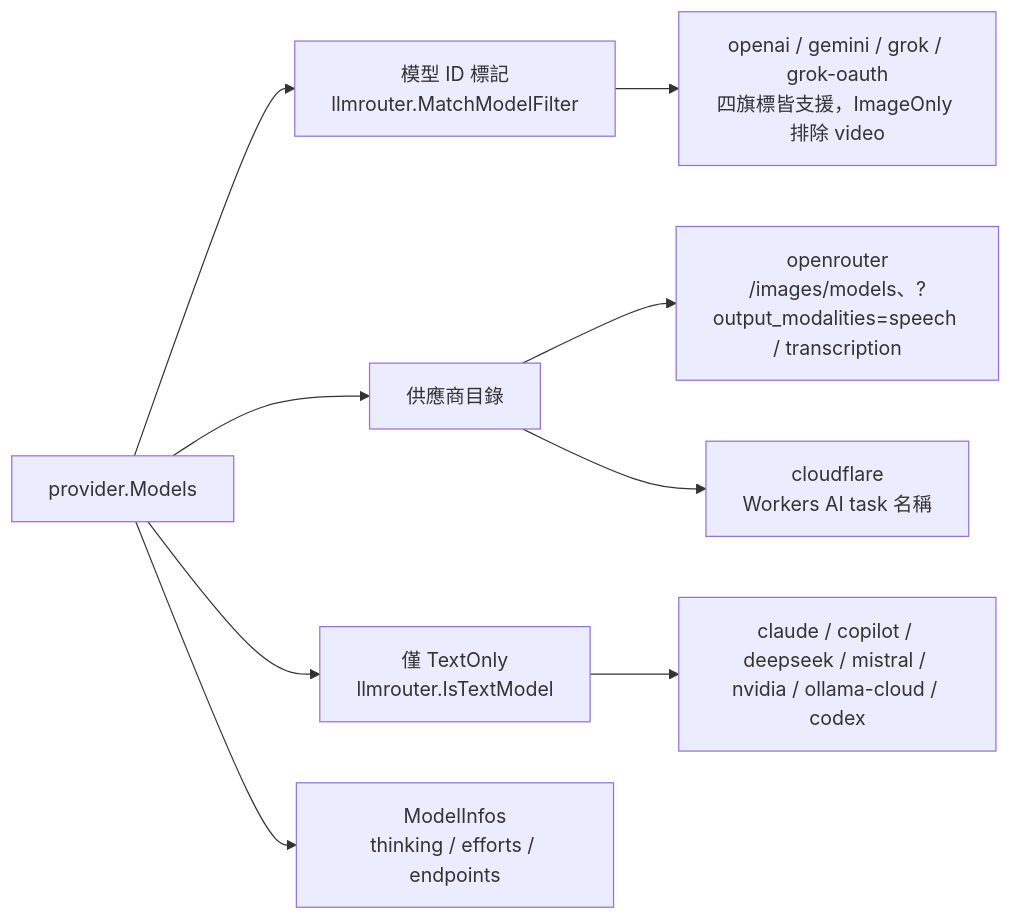
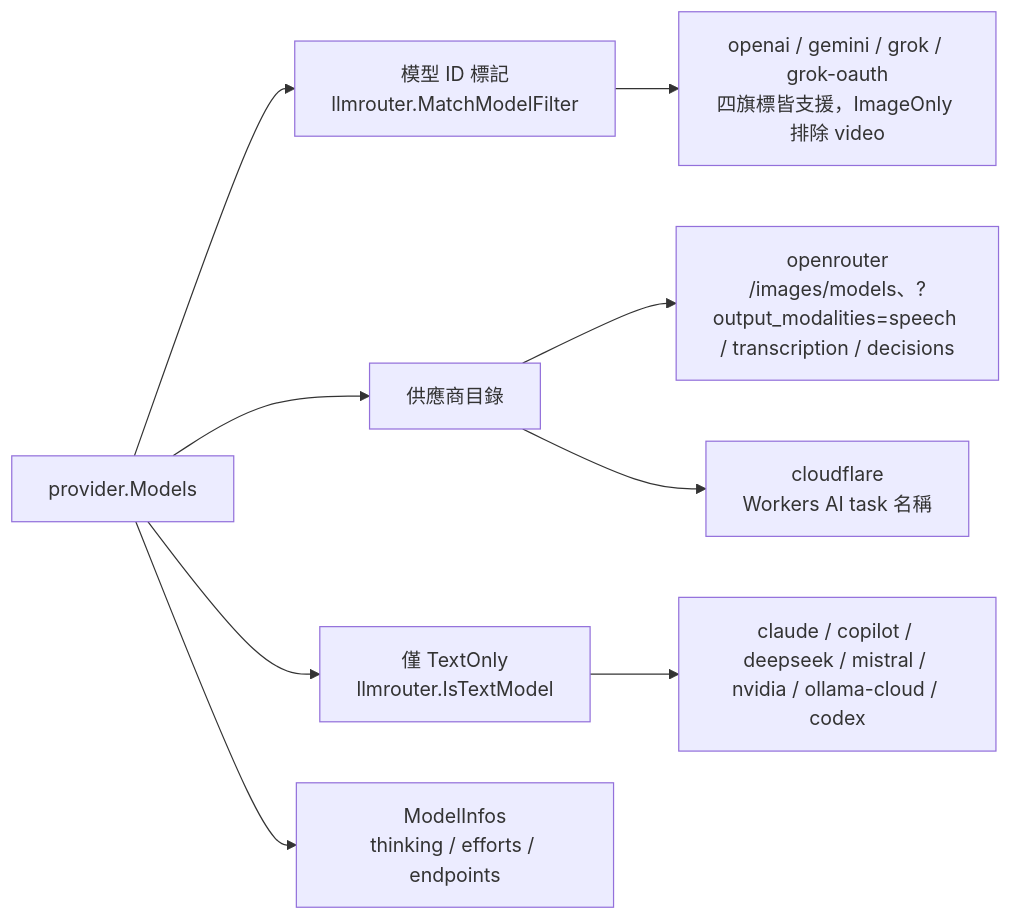
The ninth of 12 diagrams in doc/architecture.zh.md (pardnchiu/go-llm-router), drawn with Mermaid before and after one commit. The commit also changed other lines of this file and 32 other files, not shown here.

````diff
--- a/doc/architecture.zh.md
+++ b/doc/architecture.zh.md
@@ -196,11 +225,11 @@
 ```mermaid
 graph LR
     Models[provider.Models] --> Markers[模型 ID 標記<br/>llmrouter.MatchModelFilter]
     Models --> Catalog[供應商目錄]
     Models --> TextOnlyOnly[僅 TextOnly<br/>llmrouter.IsTextModel]
     Markers --> MarkerProviders[openai / gemini / grok / grok-oauth<br/>四旗標皆支援，ImageOnly 排除 video]
-    Catalog --> OpenRouterCat[openrouter<br/>/images/models、?output_modalities=speech / transcription]
+    Catalog --> OpenRouterCat[openrouter<br/>/images/models、?output_modalities=speech / transcription / decisions]
     Catalog --> CloudflareCat[cloudflare<br/>Workers AI task 名稱]
     TextOnlyOnly --> TextProviders[claude / copilot / deepseek / mistral / nvidia / ollama-cloud / codex]
     Models --> Infos[ModelInfos<br/>thinking / efforts / endpoints]
 ```
````
